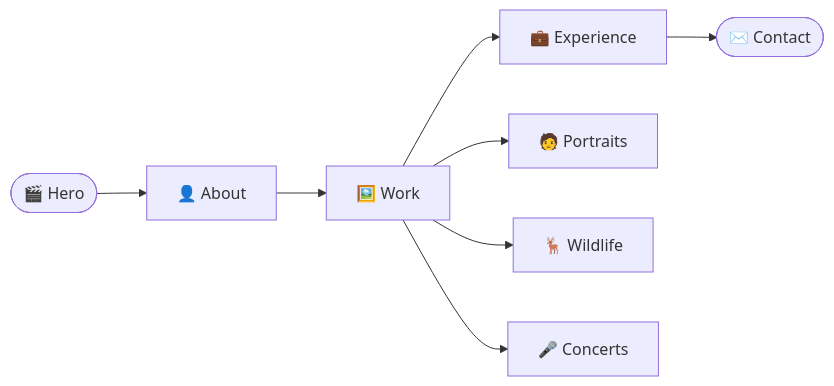
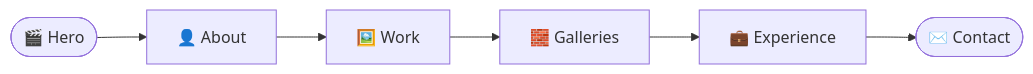
Before and after one commit to Sumit0802-afk/mohit-gupta-portfolio: the diagram in README.md, drawn with Mermaid. The commit also changed other lines of this file, not shown here.

Commit message:
Fix the README banner and straighten its flow diagram
The banner did not load: an ampersand in its subtitle made the drawn
image invalid. The flow diagram branched and was cut off, so it is one
line now.

````diff
--- a/README.md
+++ b/README.md
@@ -60,10 +60,8 @@
 ```mermaid
 flowchart LR
-    B([🎬 Hero]) --> D[👤 About]
-    D --> C[🖼️ Work]
-    C --> E[💼 Experience]
+    A([🎬 Hero]) --> B[👤 About]
+    B --> C[🖼️ Work]
+    C --> D[🧱 Galleries]
+    D --> E[💼 Experience]
     E --> F([✉️ Contact])
-    C --> G[🧑 Portraits]
-    C --> H[🦌 Wildlife]
-    C --> I[🎤 Concerts]
 ```
````
